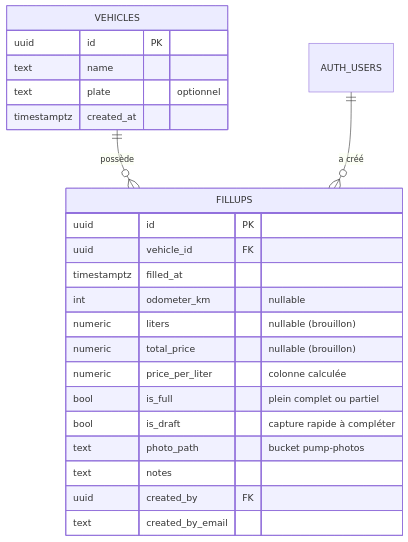
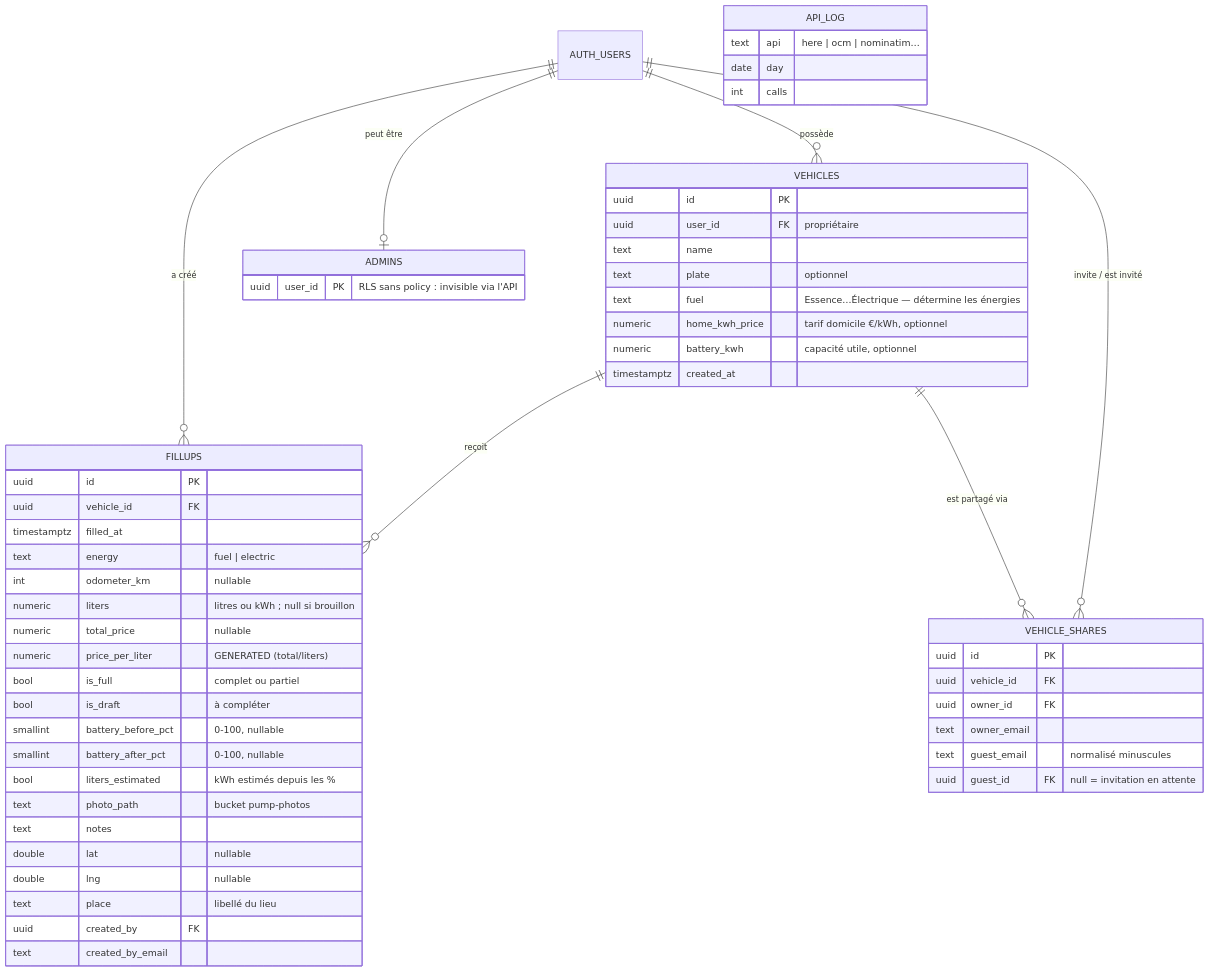
Before and after one commit to pkalumel/carnet-carburant: the sixth of 6 diagrams in docs/SPECIFICATIONS.md, drawn with Mermaid. The commit also changed other lines of this file and 1 other file, not shown here.

````diff
--- a/docs/SPECIFICATIONS.md
+++ b/docs/SPECIFICATIONS.md
@@ -261,27 +312,58 @@
 ```mermaid
 erDiagram
-    VEHICLES ||--o{ FILLUPS : "possède"
+    AUTH_USERS ||--o{ VEHICLES : "possède"
     AUTH_USERS ||--o{ FILLUPS : "a créé"
+    AUTH_USERS ||--o| ADMINS : "peut être"
+    VEHICLES ||--o{ FILLUPS : "reçoit"
+    VEHICLES ||--o{ VEHICLE_SHARES : "est partagé via"
+    AUTH_USERS ||--o{ VEHICLE_SHARES : "invite / est invité"
 
     VEHICLES {
         uuid id PK
+        uuid user_id FK "propriétaire"
         text name
         text plate "optionnel"
+        text fuel "Essence…Électrique — détermine les énergies"
+        numeric home_kwh_price "tarif domicile €/kWh, optionnel"
+        numeric battery_kwh "capacité utile, optionnel"
         timestamptz created_at
     }
     FILLUPS {
         uuid id PK
         uuid vehicle_id FK
         timestamptz filled_at
+        text energy "fuel | electric"
         int odometer_km "nullable"
-        numeric liters "nullable (brouillon)"
-        numeric total_price "nullable (brouillon)"
-        numeric price_per_liter "colonne calculée"
-        bool is_full "plein complet ou partiel"
-        bool is_draft "capture rapide à compléter"
+        numeric liters "litres ou kWh ; null si brouillon"
+        numeric total_price "nullable"
+        numeric price_per_liter "GENERATED (total/liters)"
+        bool is_full "complet ou partiel"
+        bool is_draft "à compléter"
+        smallint battery_before_pct "0-100, nullable"
+        smallint battery_after_pct "0-100, nullable"
+        bool liters_estimated "kWh estimés depuis les %"
         text photo_path "bucket pump-photos"
         text notes
+        double lat "nullable"
+        double lng "nullable"
+        text place "libellé du lieu"
         uuid created_by FK
         text created_by_email
     }
+    VEHICLE_SHARES {
+        uuid id PK
+        uuid vehicle_id FK
+        uuid owner_id FK
+        text owner_email
+        text guest_email "normalisé minuscules"
+        uuid guest_id FK "null = invitation en attente"
+    }
+    ADMINS {
+        uuid user_id PK "RLS sans policy : invisible via l'API"
+    }
+    API_LOG {
+        text api "here | ocm | nominatim…"
+        date day
+        int calls
+    }
 ```
````
